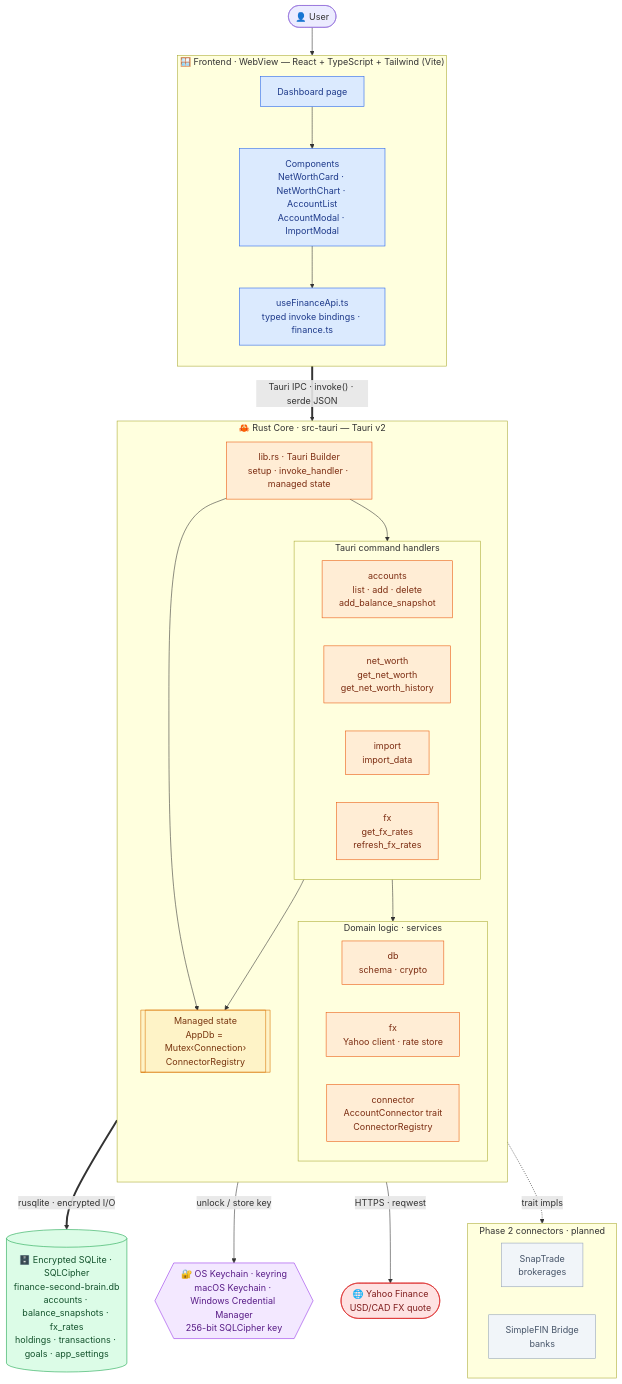
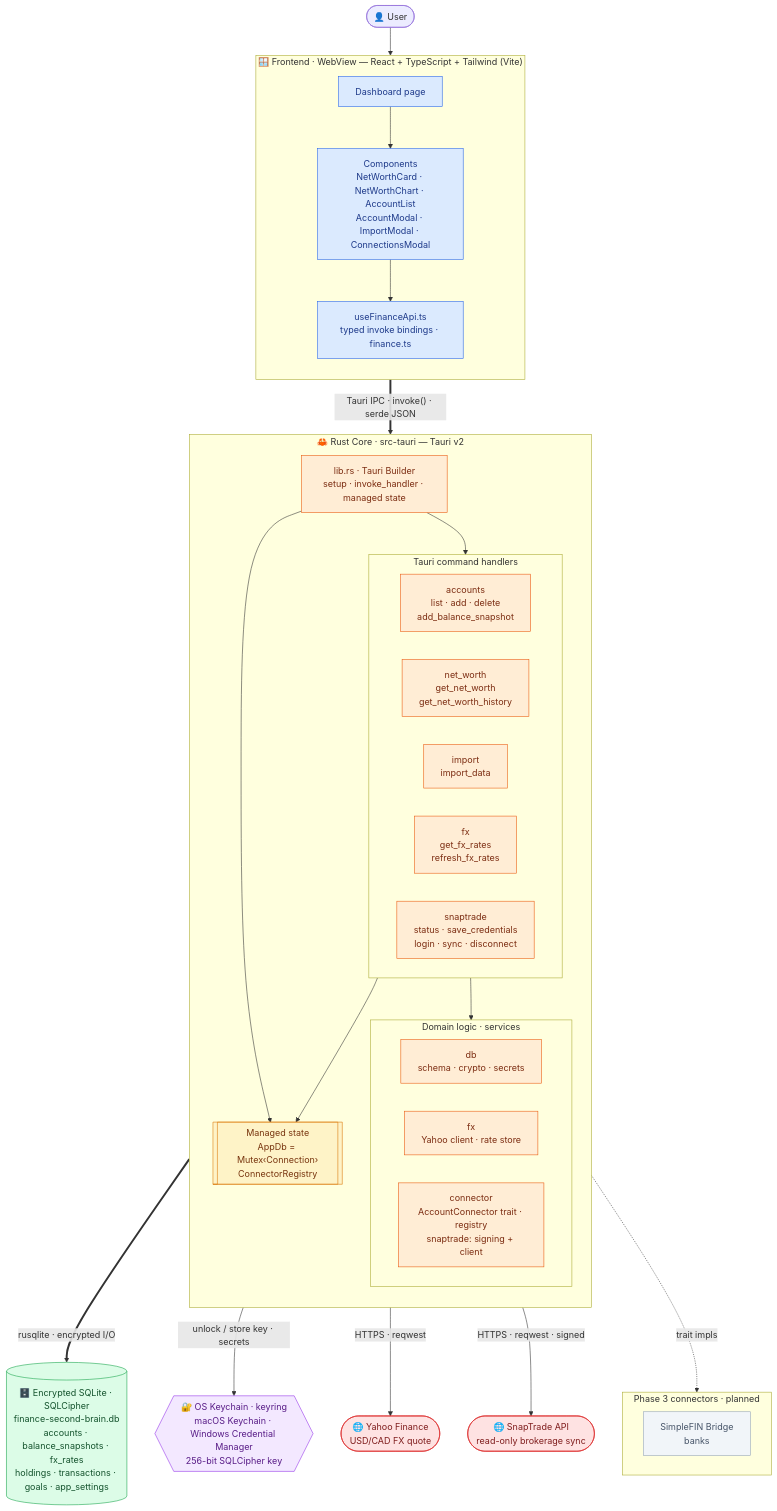
The first of 2 diagrams in README.md (daryn-brown/truenorth), drawn with Mermaid before and after one commit. The commit also changed other lines of this file and 28 other files, not shown here.

````diff
--- a/README.md
+++ b/README.md
@@ -36,72 +42,74 @@
 ```mermaid
 flowchart TB
     user(["👤 User"])
 
     subgraph FE["🪟 Frontend · WebView — React + TypeScript + Tailwind (Vite)"]
         direction TB
         pages["Dashboard page"]
-        comps["Components<br/>NetWorthCard · NetWorthChart · AccountList<br/>AccountModal · ImportModal"]
+        comps["Components<br/>NetWorthCard · NetWorthChart · AccountList<br/>AccountModal · ImportModal · ConnectionsModal"]
         api["useFinanceApi.ts<br/>typed invoke bindings · finance.ts"]
         pages --> comps --> api
     end
 
     subgraph CORE["🦀 Rust Core · src-tauri — Tauri v2"]
         direction TB
         builder["lib.rs · Tauri Builder<br/>setup · invoke_handler · managed state"]
 
         subgraph CMD["Tauri command handlers"]
             direction LR
             c_acc["accounts<br/>list · add · delete<br/>add_balance_snapshot"]
             c_nw["net_worth<br/>get_net_worth<br/>get_net_worth_history"]
             c_imp["import<br/>import_data"]
             c_fx["fx<br/>get_fx_rates<br/>refresh_fx_rates"]
+            c_snap["snaptrade<br/>status · save_credentials<br/>login · sync · disconnect"]
         end
 
         subgraph SVC["Domain logic · services"]
             direction LR
-            d_db["db<br/>schema · crypto"]
+            d_db["db<br/>schema · crypto · secrets"]
             d_fx["fx<br/>Yahoo client · rate store"]
-            d_conn["connector<br/>AccountConnector trait<br/>ConnectorRegistry"]
+            d_conn["connector<br/>AccountConnector trait · registry<br/>snaptrade: signing + client"]
         end
 
         state[["Managed state<br/>AppDb = Mutex‹Connection›<br/>ConnectorRegistry"]]
 
         builder --> CMD
         builder --> state
         CMD --> SVC
         CMD --> state
     end
 
     kc{{"🔐 OS Keychain · keyring<br/>macOS Keychain · Windows Credential Manager<br/>256-bit SQLCipher key"}}
     db[("🗄️ Encrypted SQLite · SQLCipher<br/>finance-second-brain.db<br/>accounts · balance_snapshots · fx_rates<br/>holdings · transactions · goals · app_settings")]
     yahoo(["🌐 Yahoo Finance<br/>USD/CAD FX quote"])
+    snaptrade(["🌐 SnapTrade API<br/>read-only brokerage sync"])
 
-    subgraph P2["Phase 2 connectors · planned"]
+    subgraph P3["Phase 3 connectors · planned"]
         direction LR
-        snap["SnapTrade<br/>brokerages"]
         sfin["SimpleFIN Bridge<br/>banks"]
     end
 
     user --> pages
     api ==>|"Tauri IPC · invoke() · serde JSON"| builder
     state ==>|"rusqlite · encrypted I/O"| db
-    d_db -->|"unlock / store key"| kc
+    d_db -->|"unlock / store key · secrets"| kc
     d_fx -->|"HTTPS · reqwest"| yahoo
-    d_conn -.->|"trait impls"| P2
+    d_conn -->|"HTTPS · reqwest · signed"| snaptrade
+    d_conn -.->|"trait impls"| P3
 
     classDef feNode fill:#dbeafe,stroke:#2563eb,color:#1e3a8a;
     classDef coreNode fill:#ffedd5,stroke:#ea580c,color:#7c2d12;
     classDef stateNode fill:#fef3c7,stroke:#d97706,color:#78350f;
     classDef store fill:#dcfce7,stroke:#16a34a,color:#14532d;
     classDef os fill:#f3e8ff,stroke:#9333ea,color:#581c87;
     classDef ext fill:#fee2e2,stroke:#dc2626,color:#7f1d1d;
     classDef planned fill:#f1f5f9,stroke:#94a3b8,color:#475569;
 
     class pages,comps,api feNode;
-    class builder,c_acc,c_nw,c_imp,c_fx,d_db,d_fx,d_conn coreNode;
+    class builder,c_acc,c_nw,c_imp,c_fx,c_snap,d_db,d_fx,d_conn coreNode;
     class state stateNode;
     class db store;
     class kc os;
-    class yahoo ext;
-    class snap,sfin planned;
+    class yahoo,snaptrade ext;
+    class sfin planned;
 ```
````
